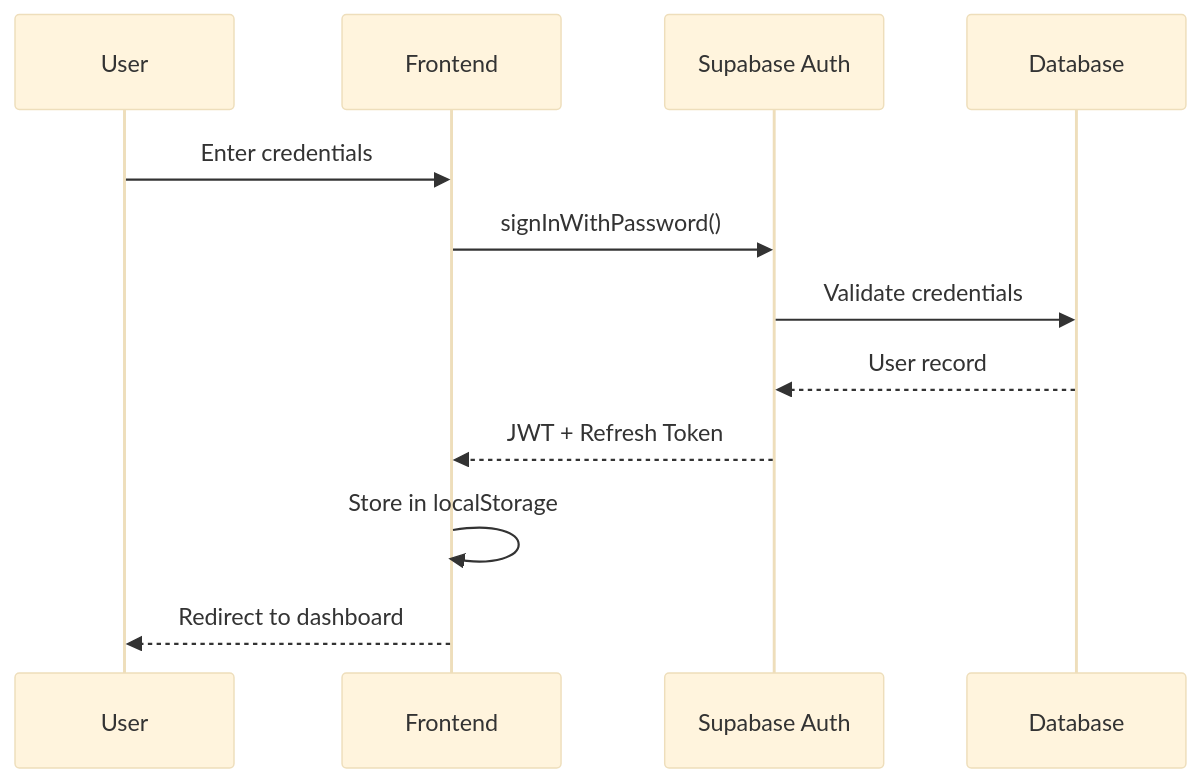
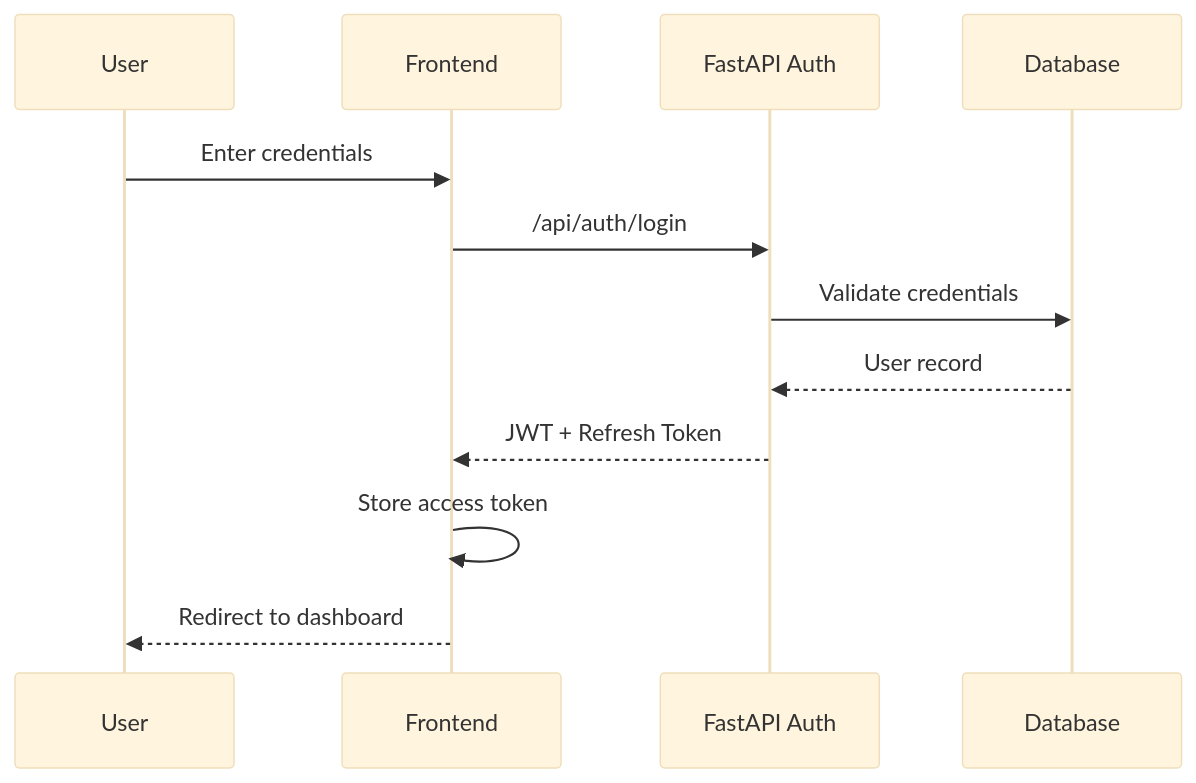
One commit to dcava30/Talenti_MVP changed the first of 3 diagrams in SECURITY.md. Above: the diagram before and after it, drawn with Mermaid (base theme). The commit also changed other lines of this file and 12 other files, not shown here.

Commit message:
Clean docs for FastAPI/SQLite stack

````diff
--- a/SECURITY.md
+++ b/SECURITY.md
@@ -31,15 +31,15 @@
 ```mermaid
 sequenceDiagram
     participant User
     participant Frontend
-    participant Supabase Auth
+    participant FastAPI Auth
     participant Database
     
     User->>Frontend: Enter credentials
-    Frontend->>Supabase Auth: signInWithPassword()
-    Supabase Auth->>Database: Validate credentials
-    Database-->>Supabase Auth: User record
-    Supabase Auth-->>Frontend: JWT + Refresh Token
-    Frontend->>Frontend: Store in localStorage
+    Frontend->>FastAPI Auth: /api/auth/login
+    FastAPI Auth->>Database: Validate credentials
+    Database-->>FastAPI Auth: User record
+    FastAPI Auth-->>Frontend: JWT + Refresh Token
+    Frontend->>Frontend: Store access token
     Frontend-->>User: Redirect to dashboard
 ```
````
